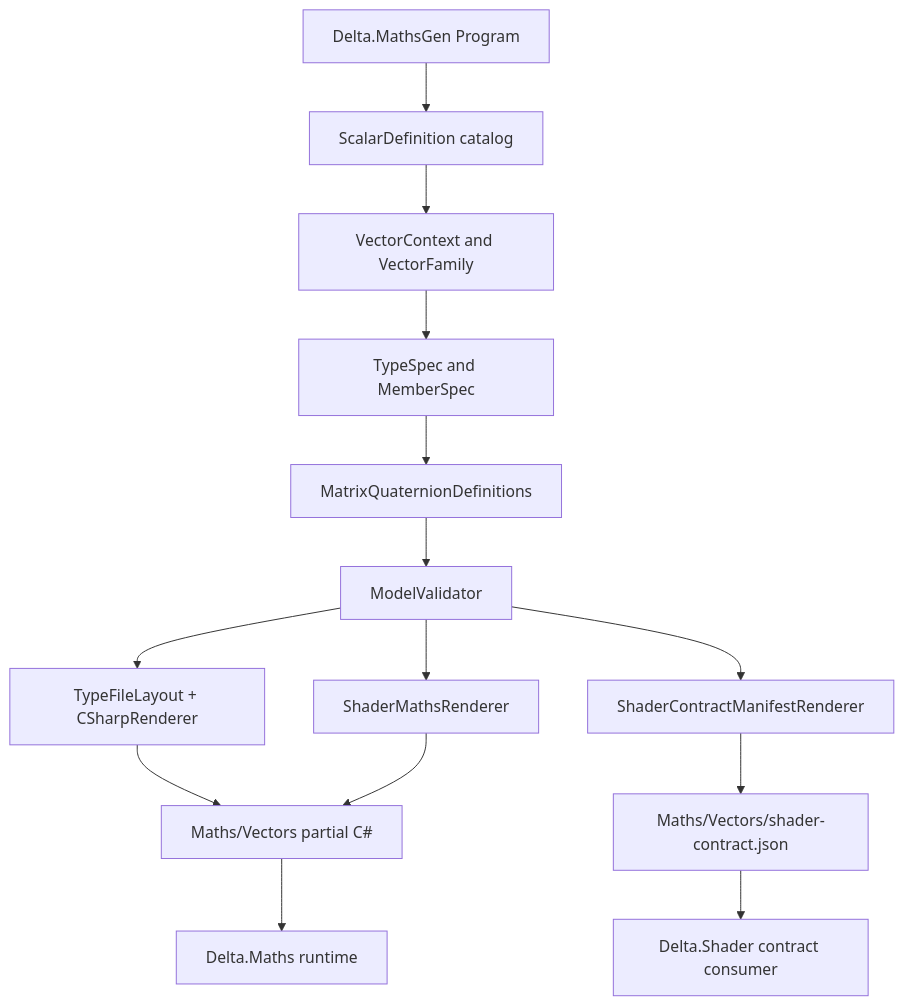
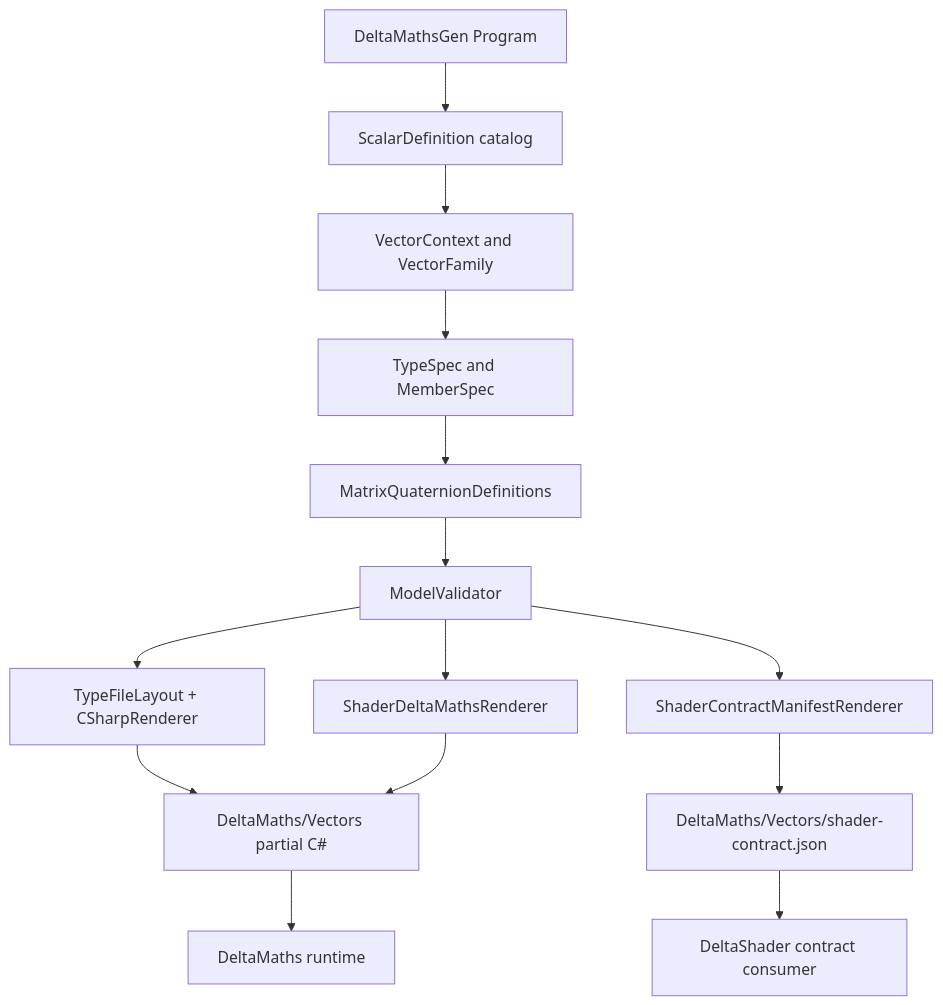
Before and after one commit to Artromskiy/DeltaMathsGen: the diagram in ARCHITECTURE.md, drawn with Mermaid. The commit also changed other lines of this file and 34 other files, not shown here.

````diff
--- a/ARCHITECTURE.md
+++ b/ARCHITECTURE.md
@@ -37,16 +37,16 @@
 ```mermaid
 flowchart TD
-    A[Delta.MathsGen Program] --> B[ScalarDefinition catalog]
+    A[DeltaMathsGen Program] --> B[ScalarDefinition catalog]
     B --> C[VectorContext and VectorFamily]
     C --> D[TypeSpec and MemberSpec]
     D --> E[MatrixQuaternionDefinitions]
     E --> F[ModelValidator]
     F --> G[TypeFileLayout + CSharpRenderer]
-    F --> H[ShaderMathsRenderer]
+    F --> H[ShaderDeltaMathsRenderer]
     F --> I[ShaderContractManifestRenderer]
-    G --> J[Maths/Vectors partial C#]
+    G --> J[DeltaMaths/Vectors partial C#]
     H --> J
-    I --> K[Maths/Vectors/shader-contract.json]
-    J --> L[Delta.Maths runtime]
-    K --> M[Delta.Shader contract consumer]
+    I --> K[DeltaMaths/Vectors/shader-contract.json]
+    J --> L[DeltaMaths runtime]
+    K --> M[DeltaShader contract consumer]
 ```
````
